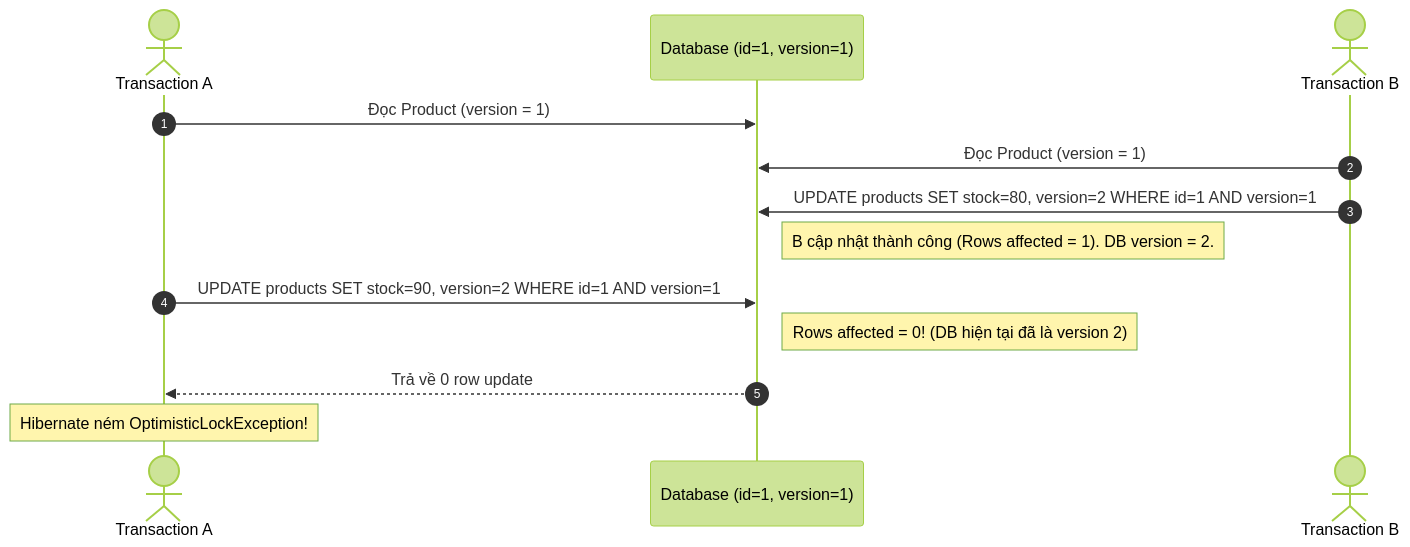
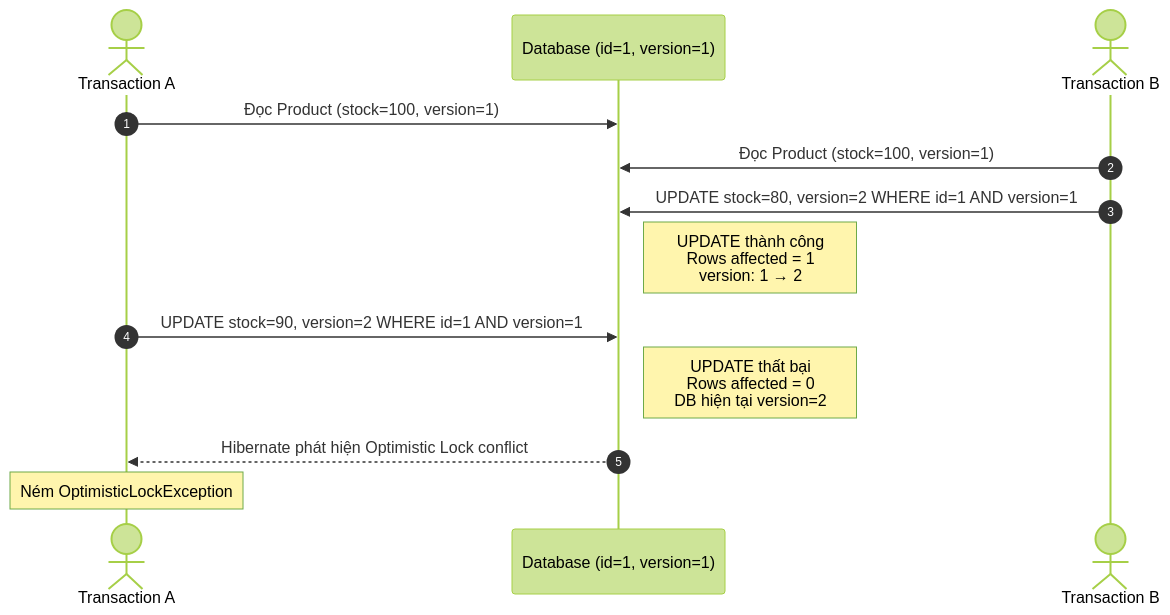
One commit to camdao/camdao.dev changed the second of 3 diagrams in content/blogs/hibernate-orm/04-locking-mechanisms.mdx. Above: the diagram before and after it, drawn with Mermaid (forest theme). The commit also changed other lines of this file and 1 other file, not shown here.

Commit message:
docs: 04. Hibernate Locking

````diff
--- a/content/blogs/hibernate-orm/04-locking-mechanisms.mdx
+++ b/content/blogs/hibernate-orm/04-locking-mechanisms.mdx
@@ -64,18 +72,20 @@
 ```mermaid
 sequenceDiagram
     autonumber
+
     actor A as Transaction A
     participant DB as Database (id=1, version=1)
     actor B as Transaction B
 
-    A->>DB: Đọc Product (version = 1)
-    B->>DB: Đọc Product (version = 1)
+    A->>DB: Đọc Product (stock=100, version=1)
+    B->>DB: Đọc Product (stock=100, version=1)
 
-    B->>DB: UPDATE products SET stock=80, version=2 WHERE id=1 AND version=1
-    Note right of DB: B cập nhật thành công (Rows affected = 1). DB version = 2.
+    B->>DB: UPDATE stock=80, version=2 WHERE id=1 AND version=1
+    Note right of DB: UPDATE thành công<br/>Rows affected = 1<br/>version: 1 → 2
 
-    A->>DB: UPDATE products SET stock=90, version=2 WHERE id=1 AND version=1
-    Note right of DB: Rows affected = 0! (DB hiện tại đã là version 2)
-    DB-->>A: Trả về 0 row update
-    Note over A: Hibernate ném OptimisticLockException!
+    A->>DB: UPDATE stock=90, version=2 WHERE id=1 AND version=1
+    Note right of DB: UPDATE thất bại<br/>Rows affected = 0<br/>DB hiện tại version=2
+
+    DB-->>A: Hibernate phát hiện Optimistic Lock conflict
+    Note over A: Ném OptimisticLockException
 ```
````
